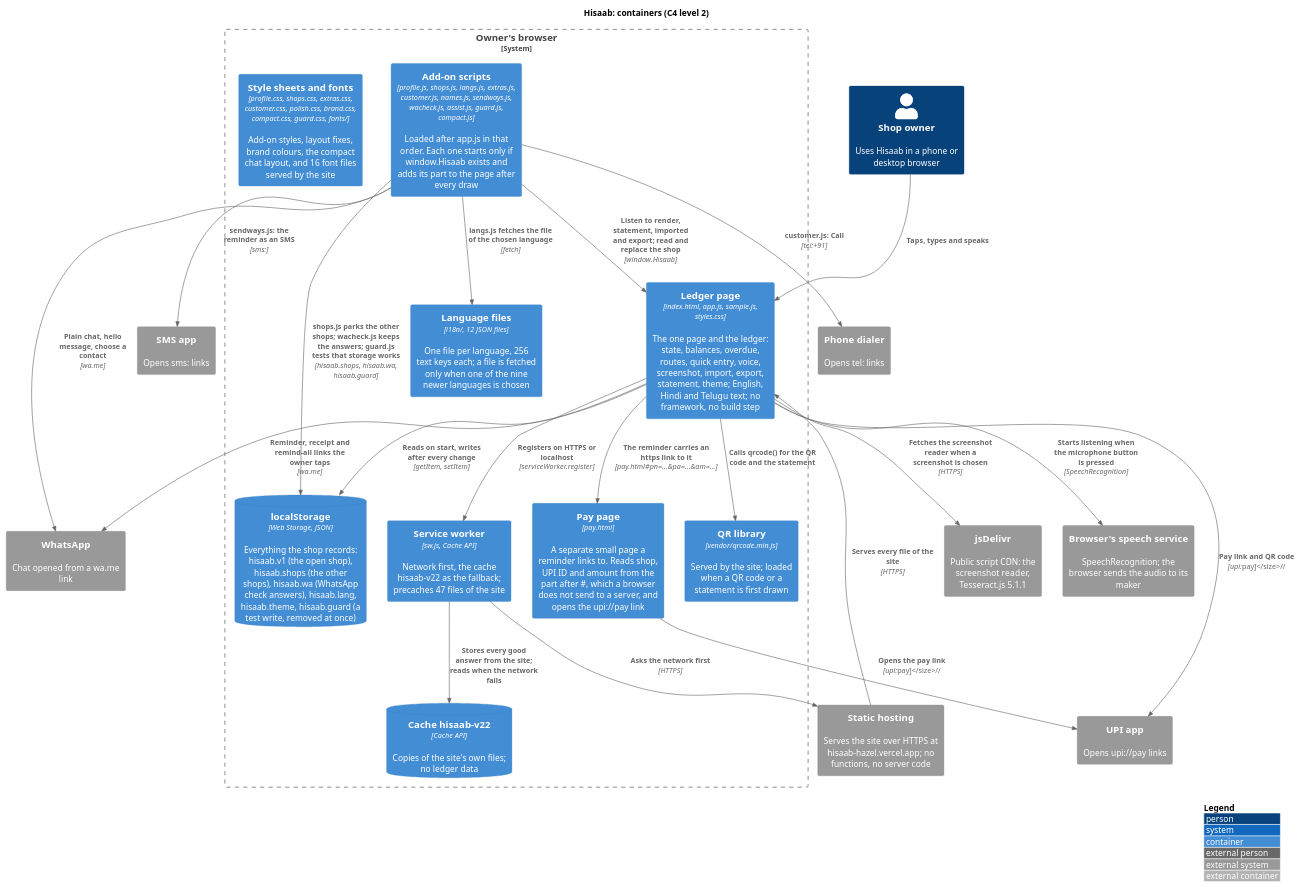
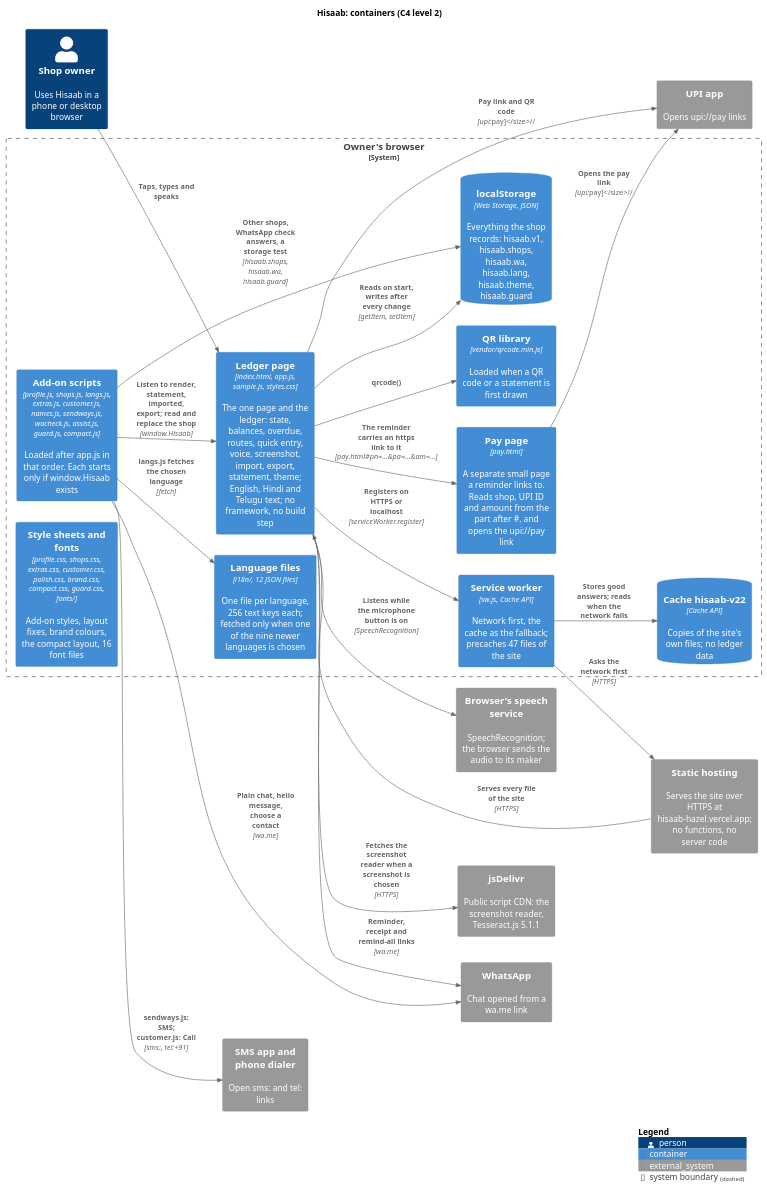
The diagram in docs/diagrams/c4-container.puml (karwasanjay007/hisaab-docs), drawn with PlantUML before and after one commit. The commit also changed 27 other files, not shown here.

First line of the commit message:
Public view: one history page, readable diagrams, the pages speak only of the product

```diff
--- a/docs/diagrams/c4-container.puml
+++ b/docs/diagrams/c4-container.puml
@@ -1,47 +1,51 @@
 @startuml c4-container
 !include <C4/C4_Container>
 title Hisaab: containers (C4 level 2)
 
+skinparam wrapWidth 150
+skinparam maxMessageSize 100
+
 Person(owner, "Shop owner", "Uses Hisaab in a phone or desktop browser")
 System_Ext(hosting, "Static hosting", "Serves the site over HTTPS at hisaab-hazel.vercel.app; no functions, no server code")
-System_Ext(whatsapp, "WhatsApp", "Chat opened from a wa.me link")
-System_Ext(upi, "UPI app", "Opens upi://pay links")
-System_Ext(dialer, "Phone dialer", "Opens tel: links")
-System_Ext(sms, "SMS app", "Opens sms: links")
 System_Ext(cdn, "jsDelivr", "Public script CDN: the screenshot reader, Tesseract.js 5.1.1")
 System_Ext(speech, "Browser's speech service", "SpeechRecognition; the browser sends the audio to its maker")
 
 System_Boundary(browser, "Owner's browser") {
   Container(spa, "Ledger page", "index.html, app.js, sample.js, styles.css", "The one page and the ledger: state, balances, overdue, routes, quick entry, voice, screenshot, import, export, statement, theme; English, Hindi and Telugu text; no framework, no build step")
-  Container(addons, "Add-on scripts", "profile.js, shops.js, langs.js, extras.js, customer.js, names.js, sendways.js, wacheck.js, assist.js, guard.js, compact.js", "Loaded after app.js in that order. Each one starts only if window.Hisaab exists and adds its part to the page after every draw")
-  Container(sheets, "Style sheets and fonts", "profile.css, shops.css, extras.css, customer.css, polish.css, brand.css, compact.css, guard.css, fonts/", "Add-on styles, layout fixes, brand colours, the compact chat layout, and 16 font files served by the site")
-  Container(i18nfiles, "Language files", "i18n/, 12 JSON files", "One file per language, 256 text keys each; a file is fetched only when one of the nine newer languages is chosen")
-  Container(paypage, "Pay page", "pay.html", "A separate small page a reminder links to. Reads shop, UPI ID and amount from the part after #, which a browser does not send to a server, and opens the upi://pay link")
-  Container(qrlib, "QR library", "vendor/qrcode.min.js", "Served by the site; loaded when a QR code or a statement is first drawn")
-  Container(sw, "Service worker", "sw.js, Cache API", "Network first, the cache hisaab-v22 as the fallback; precaches 47 files of the site")
-  ContainerDb(ls, "localStorage", "Web Storage, JSON", "Everything the shop records: hisaab.v1 (the open shop), hisaab.shops (the other shops), hisaab.wa (WhatsApp check answers), hisaab.lang, hisaab.theme, hisaab.guard (a test write, removed at once)")
+  Container(addons, "Add-on scripts", "profile.js, shops.js, langs.js, extras.js, customer.js, names.js, sendways.js, wacheck.js, assist.js, guard.js, compact.js", "Loaded after app.js in that order. Each starts only if window.Hisaab exists")
+  Container(sheets, "Style sheets and fonts", "profile.css, shops.css, extras.css, customer.css, polish.css, brand.css, compact.css, guard.css, fonts/", "Add-on styles, layout fixes, brand colours, the compact layout, 16 font files")
+  Container(i18nfiles, "Language files", "i18n/, 12 JSON files", "One file per language, 256 text keys each; fetched only when one of the nine newer languages is chosen")
+  Container(paypage, "Pay page", "pay.html", "A separate small page a reminder links to. Reads shop, UPI ID and amount from the part after #, and opens the upi://pay link")
+  Container(qrlib, "QR library", "vendor/qrcode.min.js", "Loaded when a QR code or a statement is first drawn")
+  Container(sw, "Service worker", "sw.js, Cache API", "Network first, the cache as the fallback; precaches 47 files of the site")
+  ContainerDb(ls, "localStorage", "Web Storage, JSON", "Everything the shop records: hisaab.v1, hisaab.shops, hisaab.wa, hisaab.lang, hisaab.theme, hisaab.guard")
   ContainerDb(cache, "Cache hisaab-v22", "Cache API", "Copies of the site's own files; no ledger data")
 }
 
+System_Ext(whatsapp, "WhatsApp", "Chat opened from a wa.me link")
+System_Ext(upi, "UPI app", "Opens upi://pay links")
+System_Ext(phone, "SMS app and phone dialer", "Open sms: and tel: links")
+
+
 Rel(owner, spa, "Taps, types and speaks")
 Rel(hosting, spa, "Serves every file of the site", "HTTPS")
+Rel(spa, cdn, "Fetches the screenshot reader when a screenshot is chosen", "HTTPS")
+Rel(spa, speech, "Listens while the microphone button is on", "SpeechRecognition")
 Rel(spa, ls, "Reads on start, writes after every change", "getItem, setItem")
-Rel(addons, spa, "Listen to render, statement, imported and export; read and replace the shop", "window.Hisaab")
-Rel(addons, ls, "shops.js parks the other shops; wacheck.js keeps the answers; guard.js tests that storage works", "hisaab.shops, hisaab.wa, hisaab.guard")
-Rel(addons, i18nfiles, "langs.js fetches the file of the chosen language", "fetch")
-Rel(spa, qrlib, "Calls qrcode() for the QR code and the statement")
+Rel(addons, spa, "Listen to render, statement, imported, export; read and replace the shop", "window.Hisaab")
+Rel(addons, ls, "Other shops, WhatsApp check answers, a storage test", "hisaab.shops, hisaab.wa, hisaab.guard")
+Rel(addons, i18nfiles, "langs.js fetches the chosen language", "fetch")
+Rel(spa, qrlib, "qrcode()")
 Rel(spa, sw, "Registers on HTTPS or localhost", "serviceWorker.register")
-Rel(sw, cache, "Stores every good answer from the site; reads when the network fails")
+Rel(sw, cache, "Stores good answers; reads when the network fails")
 Rel(sw, hosting, "Asks the network first", "HTTPS")
-Rel(spa, cdn, "Fetches the screenshot reader when a screenshot is chosen", "HTTPS")
-Rel(spa, speech, "Starts listening when the microphone button is pressed", "SpeechRecognition")
-Rel(spa, whatsapp, "Reminder, receipt and remind-all links the owner taps", "wa.me")
+Rel(spa, paypage, "The reminder carries an https link to it", "pay.html#pn=...&pa=...&am=...")
+Rel(spa, whatsapp, "Reminder, receipt and remind-all links", "wa.me")
 Rel(addons, whatsapp, "Plain chat, hello message, choose a contact", "wa.me")
-Rel(addons, sms, "sendways.js: the reminder as an SMS", "sms:")
-Rel(addons, dialer, "customer.js: Call", "tel:+91")
-Rel(spa, paypage, "The reminder carries an https link to it", "pay.html#pn=...&pa=...&am=...")
+Rel(addons, phone, "sendways.js: SMS; customer.js: Call", "sms:, tel:+91")
 Rel(spa, upi, "Pay link and QR code", "upi://pay")
 Rel(paypage, upi, "Opens the pay link", "upi://pay")
 
-LAYOUT_WITH_LEGEND()
+LAYOUT_LEFT_RIGHT()
+SHOW_LEGEND()
 @enduml
```
